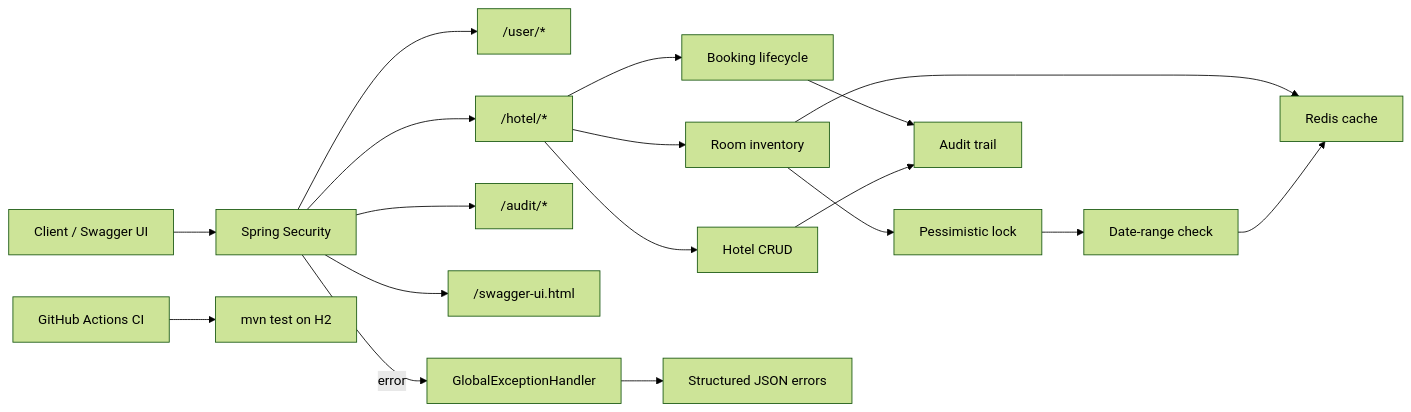
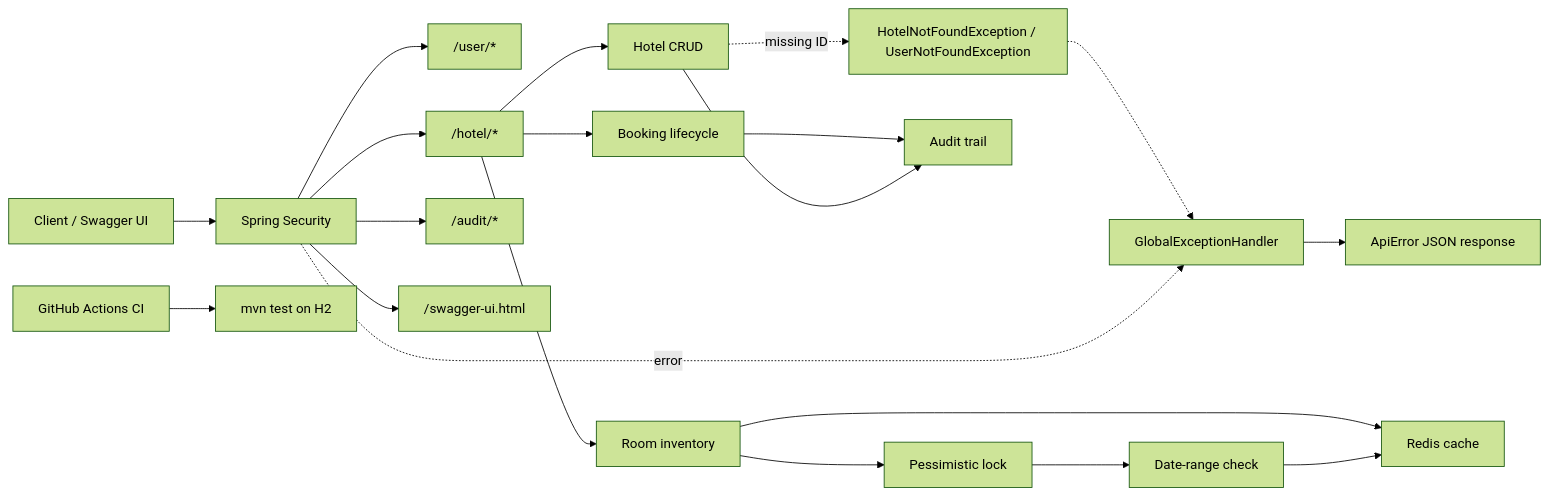
One commit to byte2code/hotel-management-api changed the third of 3 diagrams in README.md. Above: the diagram before and after it, drawn with Mermaid (forest theme). The commit also changed other lines of this file, not shown here.

Commit message:
Update README.md project structure, environment configuration, and Mermaid workflow diagrams

````diff
--- a/README.md
+++ b/README.md
@@ -277,25 +280,27 @@
 ```mermaid
 flowchart LR
     Client["Client / Swagger UI"] --> Security["Spring Security"]
     Security --> UserAPI["/user/*"]
     Security --> HotelAPI["/hotel/*"]
     Security --> AuditAPI["/audit/*"]
     Security --> SwaggerUI["/swagger-ui.html"]
 
     HotelAPI --> Hotels["Hotel CRUD"]
     HotelAPI --> Rooms["Room inventory"]
     HotelAPI --> Bookings["Booking lifecycle"]
 
     Rooms --> Cache["Redis cache"]
     Rooms --> LockedRoom["Pessimistic lock"]
     LockedRoom --> Availability["Date-range check"]
     Availability --> Cache
 
     Bookings --> Audit["Audit trail"]
     Hotels --> Audit
 
-    Security -->|error| ExHandler["GlobalExceptionHandler"]
-    ExHandler --> ErrorJSON["Structured JSON errors"]
+    Hotels -.->|missing ID| CustomEx["HotelNotFoundException / UserNotFoundException"]
+    CustomEx -.-> ExHandler
+    Security -.->|error| ExHandler["GlobalExceptionHandler"]
+    ExHandler --> ErrorJSON["ApiError JSON response"]
 
     CI["GitHub Actions CI"] --> Tests["mvn test on H2"]
 ```
````
